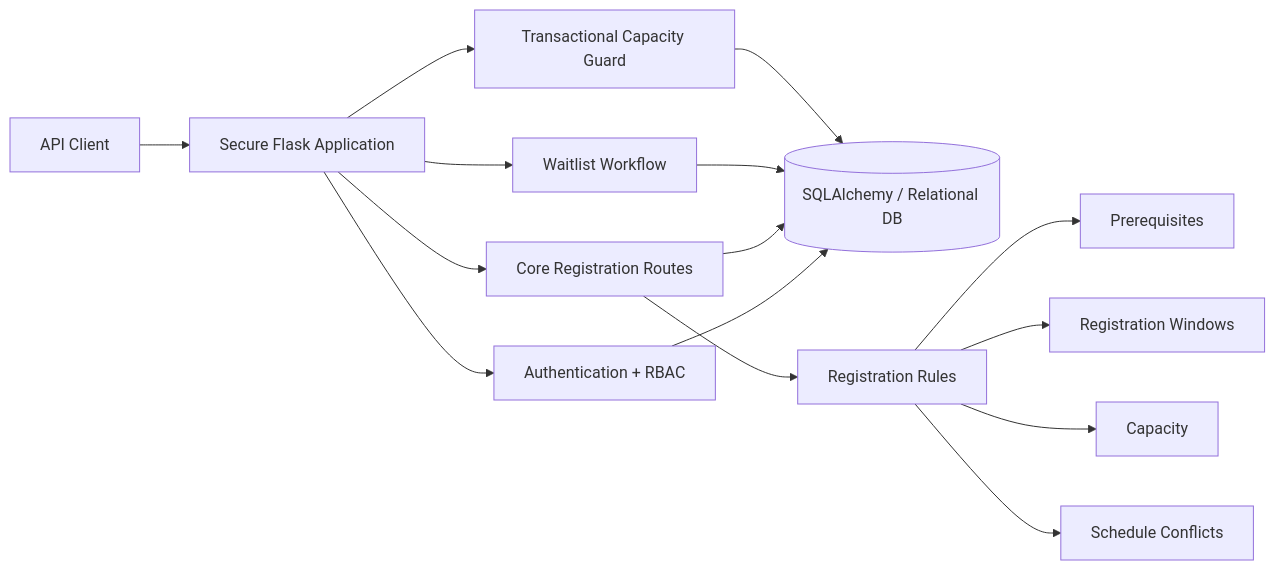
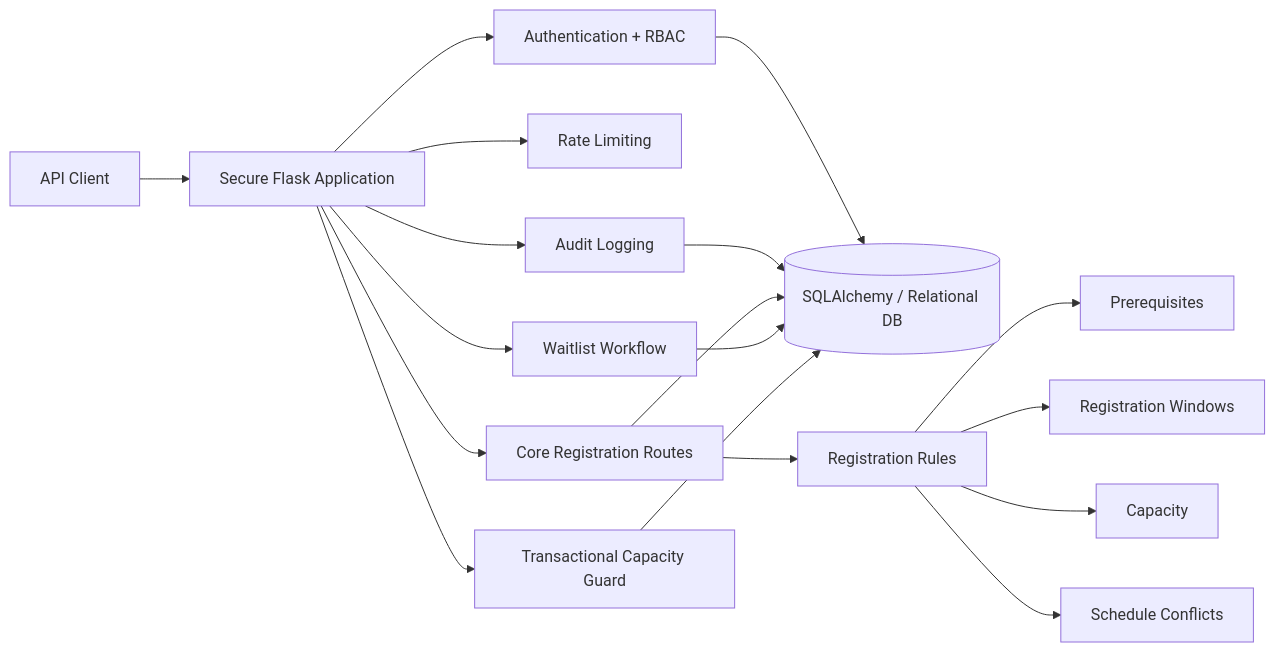
One commit to PerpsAkach/course-registration-api changed the first of 2 diagrams in README.md. Above: the diagram before and after it, drawn with Mermaid. The commit also changed other lines of this file, not shown here.

Commit message:
Document audit logging and API rate limiting

````diff
--- a/README.md
+++ b/README.md
@@ -53,18 +54,22 @@
 ```mermaid
 flowchart LR
     Client[API Client] --> Runtime[Secure Flask Application]
     Runtime --> Auth[Authentication + RBAC]
+    Runtime --> Limits[Rate Limiting]
+    Runtime --> Audit[Audit Logging]
     Runtime --> Core[Core Registration Routes]
     Runtime --> Wait[Waitlist Workflow]
     Runtime --> Capacity[Transactional Capacity Guard]
+
     Auth --> DB[(SQLAlchemy / Relational DB)]
+    Audit --> DB
     Core --> DB
     Wait --> DB
     Capacity --> DB
 
     Core --> Rules[Registration Rules]
     Rules --> P[Prerequisites]
     Rules --> W[Registration Windows]
     Rules --> C[Capacity]
     Rules --> S[Schedule Conflicts]
 ```
````
